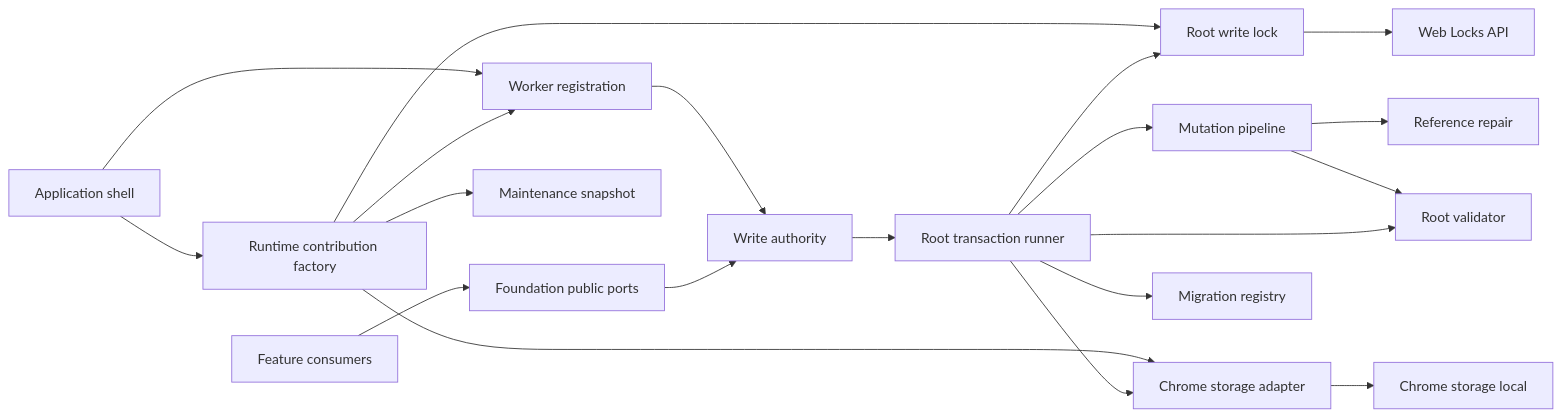
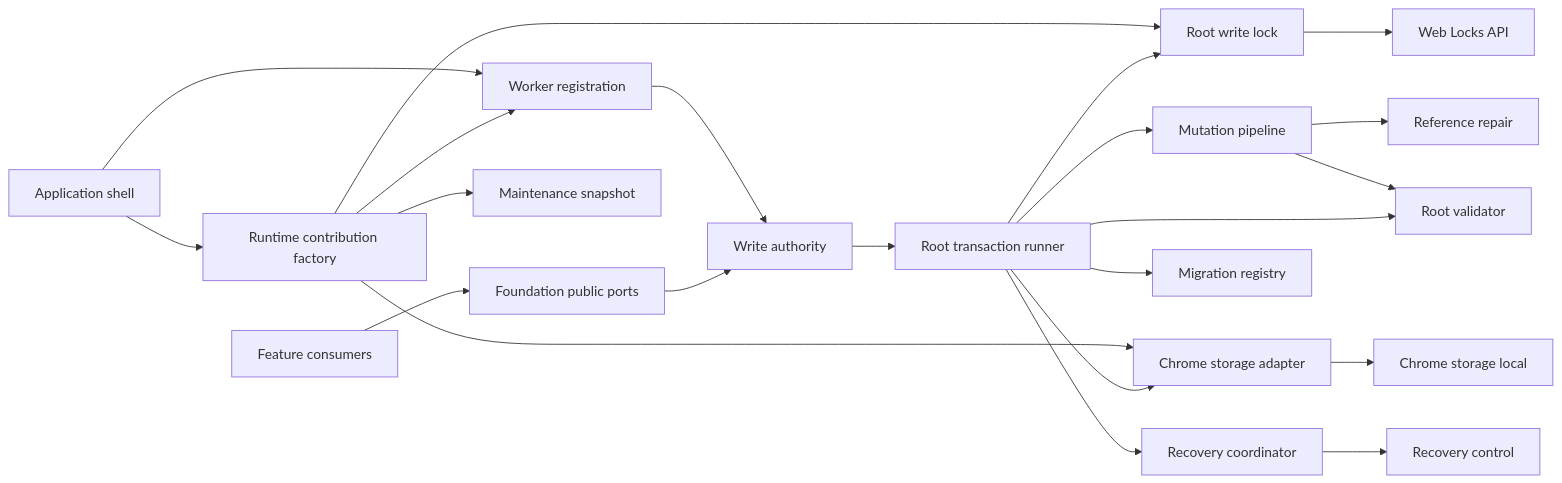
One commit to Huruikagi/pc-build-planner changed the first of 4 diagrams in .kiro/specs/local-data-foundation/design.md. Above: the diagram before and after it, drawn with Mermaid. The commit also changed other lines of this file and 4 other files, not shown here.

````diff
--- a/.kiro/specs/local-data-foundation/design.md
+++ b/.kiro/specs/local-data-foundation/design.md
@@ -65,22 +72,24 @@
 ```mermaid
 graph LR
     Feature[Feature consumers] --> Ports[Foundation public ports]
     Shell[Application shell] --> Registration[Worker registration]
     Shell --> Factory[Runtime contribution factory]
     Factory --> Registration
     Factory --> Snapshot[Maintenance snapshot]
     Factory --> Adapter
     Factory --> Lock
     Registration --> Authority[Write authority]
     Ports --> Authority
     Authority --> Runner[Root transaction runner]
     Runner --> Lock[Root write lock]
     Runner --> Mutation[Mutation pipeline]
     Mutation --> Repair[Reference repair]
     Mutation --> Validator[Root validator]
     Runner --> Migration[Migration registry]
     Runner --> Validator
     Runner --> Adapter[Chrome storage adapter]
+    Runner --> Recovery[Recovery coordinator]
+    Recovery --> Control[Recovery control]
     Lock --> WebLocks[Web Locks API]
     Adapter --> Storage[Chrome storage local]
 ```
````
